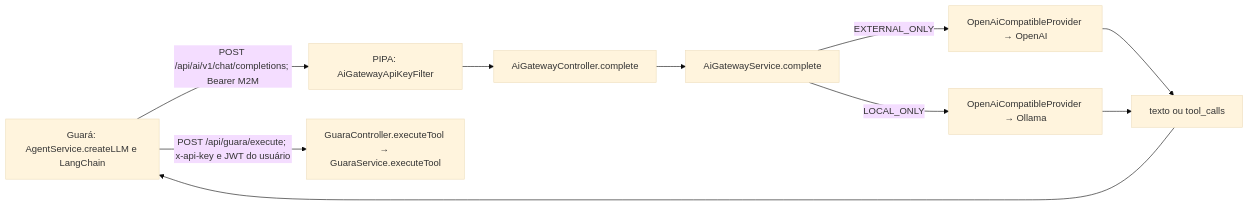
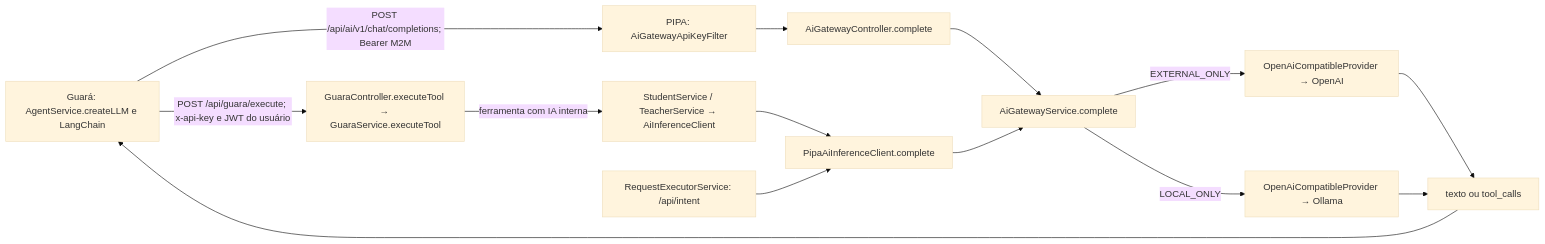
Before and after one commit to Plataforma-Universitaria/PIPA: the diagram in README.md, drawn with Mermaid (base theme). The commit also changed other lines of this file and 6 other files, not shown here.

````diff
--- a/README.md
+++ b/README.md
@@ -68,11 +70,15 @@
 ```mermaid
 flowchart LR
     G["Guará: AgentService.createLLM e LangChain"] -->|"POST /api/ai/v1/chat/completions; Bearer M2M"| A["PIPA: AiGatewayApiKeyFilter"]
     A --> C["AiGatewayController.complete"] --> S["AiGatewayService.complete"]
     S -->|"EXTERNAL_ONLY"| E["OpenAiCompatibleProvider → OpenAI"]
     S -->|"LOCAL_ONLY"| L["OpenAiCompatibleProvider → Ollama"]
     E --> R["texto ou tool_calls"]
     L --> R
     R --> G
     G -->|"POST /api/guara/execute; x-api-key e JWT do usuário"| T["GuaraController.executeTool → GuaraService.executeTool"]
+    T -->|"ferramenta com IA interna"| U["StudentService / TeacherService → AiInferenceClient"]
+    U --> I["PipaAiInferenceClient.complete"]
+    Q["RequestExecutorService: /api/intent"] --> I
+    I --> S
 ```
````
